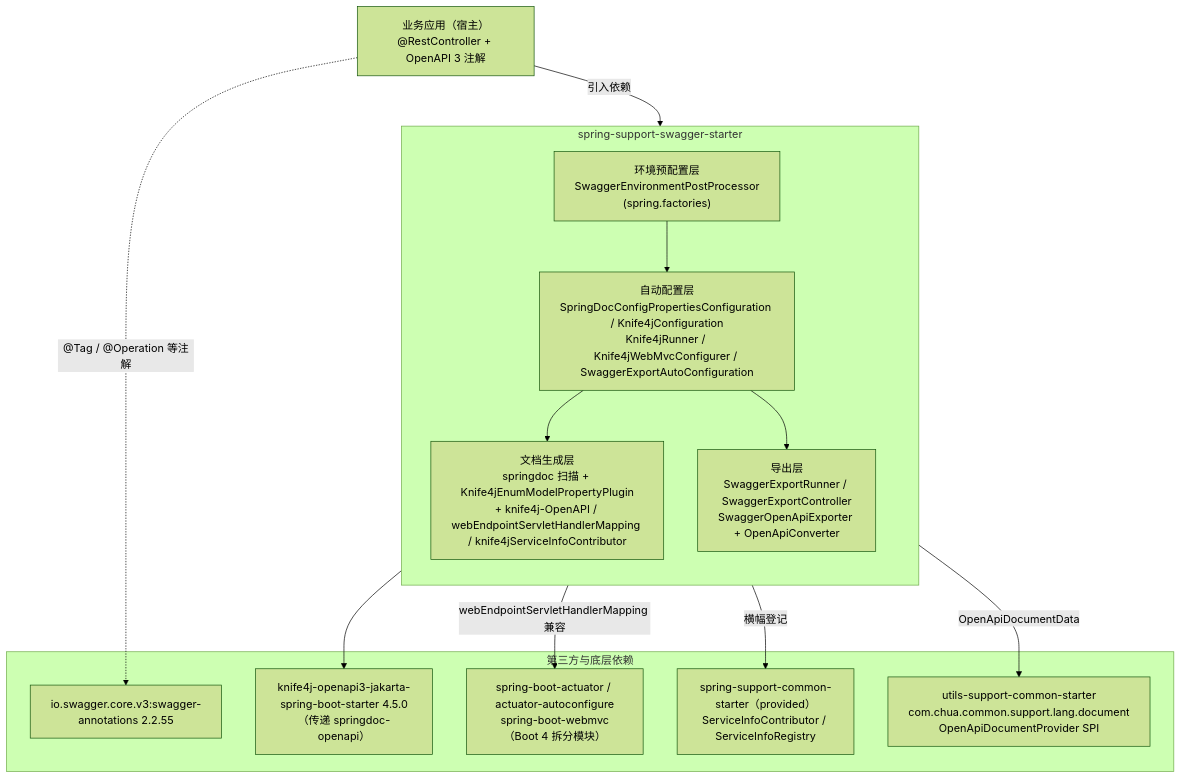
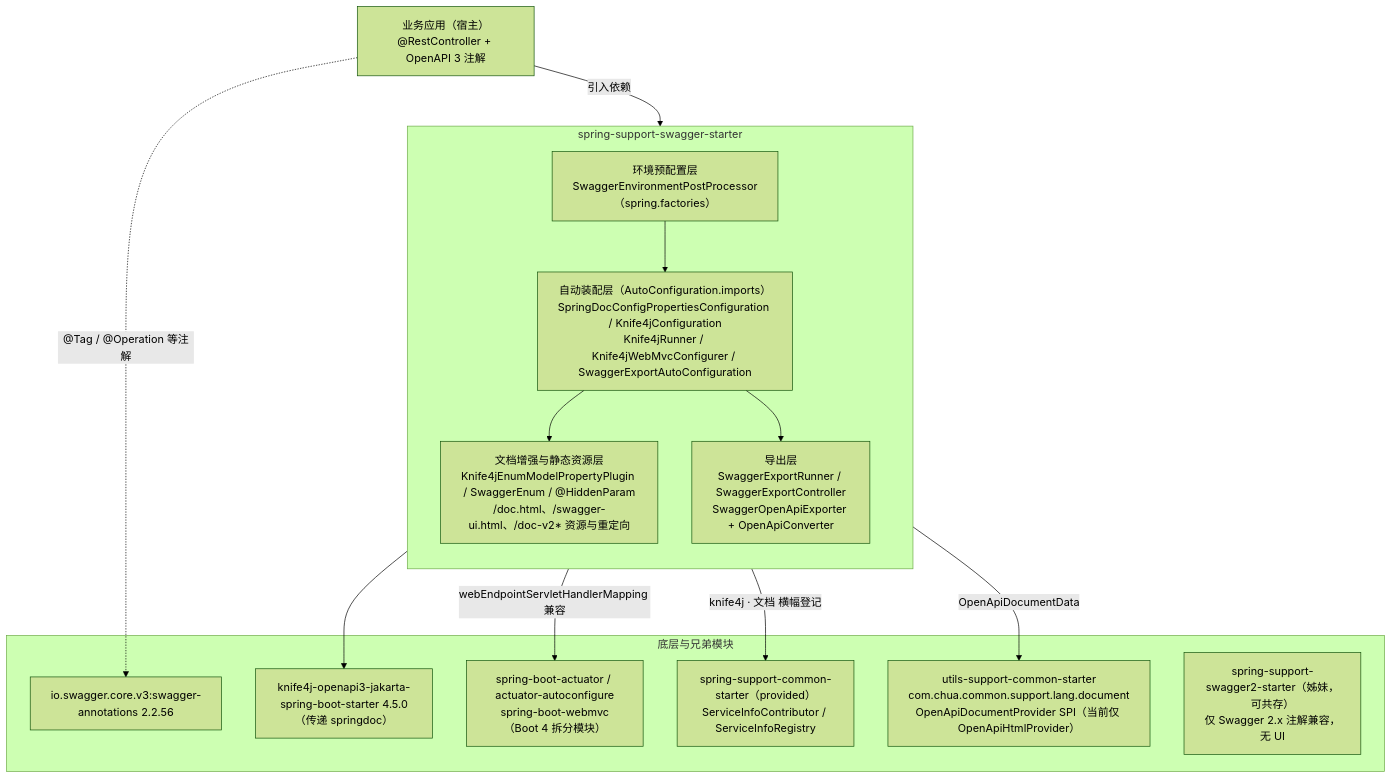
Before and after one commit to CHTK001/spring-support-parent-starter: the first of 2 diagrams in spring-support-swagger-starter/README.md, drawn with Mermaid (forest theme). The commit also changed other lines of this file and 54 other files, not shown here.

````diff
--- a/spring-support-swagger-starter/README.md
+++ b/spring-support-swagger-starter/README.md
@@ -10,29 +10,30 @@
 ```mermaid
 flowchart TB
     HOST["业务应用（宿主）<br/>@RestController + OpenAPI 3 注解"]
 
     subgraph MOD["spring-support-swagger-starter"]
         direction TB
-        L1["环境预配置层<br/>SwaggerEnvironmentPostProcessor<br/>(spring.factories)"]
-        L2["自动配置层<br/>SpringDocConfigPropertiesConfiguration / Knife4jConfiguration<br/>Knife4jRunner / Knife4jWebMvcConfigurer / SwaggerExportAutoConfiguration"]
-        L3["文档生成层<br/>springdoc 扫描 + Knife4jEnumModelPropertyPlugin<br/>+ knife4j-OpenAPI / webEndpointServletHandlerMapping / knife4jServiceInfoContributor"]
+        L1["环境预配置层<br/>SwaggerEnvironmentPostProcessor（spring.factories）"]
+        L2["自动装配层（AutoConfiguration.imports）<br/>SpringDocConfigPropertiesConfiguration / Knife4jConfiguration<br/>Knife4jRunner / Knife4jWebMvcConfigurer / SwaggerExportAutoConfiguration"]
+        L3["文档增强与静态资源层<br/>Knife4jEnumModelPropertyPlugin / SwaggerEnum / @HiddenParam<br/>/doc.html、/swagger-ui.html、/doc-v2* 资源与重定向"]
         L4["导出层<br/>SwaggerExportRunner / SwaggerExportController<br/>SwaggerOpenApiExporter + OpenApiConverter"]
         L1 --> L2 --> L3
         L2 --> L4
     end
 
-    subgraph DEP["第三方与底层依赖"]
-        K4J["knife4j-openapi3-jakarta-spring-boot-starter 4.5.0<br/>（传递 springdoc-openapi）"]
-        SWA["io.swagger.core.v3:swagger-annotations 2.2.55"]
+    subgraph DEP["底层与兄弟模块"]
+        K4J["knife4j-openapi3-jakarta-spring-boot-starter 4.5.0<br/>（传递 springdoc）"]
+        SWA["io.swagger.core.v3:swagger-annotations 2.2.56"]
         ACT["spring-boot-actuator / actuator-autoconfigure<br/>spring-boot-webmvc（Boot 4 拆分模块）"]
         COMMON["spring-support-common-starter（provided）<br/>ServiceInfoContributor / ServiceInfoRegistry"]
-        SPI["utils-support-common-starter<br/>com.chua.common.support.lang.document<br/>OpenApiDocumentProvider SPI"]
+        UTILS["utils-support-common-starter<br/>com.chua.common.support.lang.document<br/>OpenApiDocumentProvider SPI（当前仅 OpenApiHtmlProvider）"]
+        SIB["spring-support-swagger2-starter（姊妹，可共存）<br/>仅 Swagger 2.x 注解兼容，无 UI"]
     end
 
     HOST -->|"引入依赖"| MOD
     HOST -.->|"@Tag / @Operation 等注解"| SWA
     L3 --> K4J
     L3 -->|"webEndpointServletHandlerMapping 兼容"| ACT
-    L3 -->|"横幅登记"| COMMON
-    L4 -->|"OpenApiDocumentData"| SPI
+    L3 -->|"knife4j · 文档 横幅登记"| COMMON
+    L4 -->|"OpenApiDocumentData"| UTILS
 ```
````
